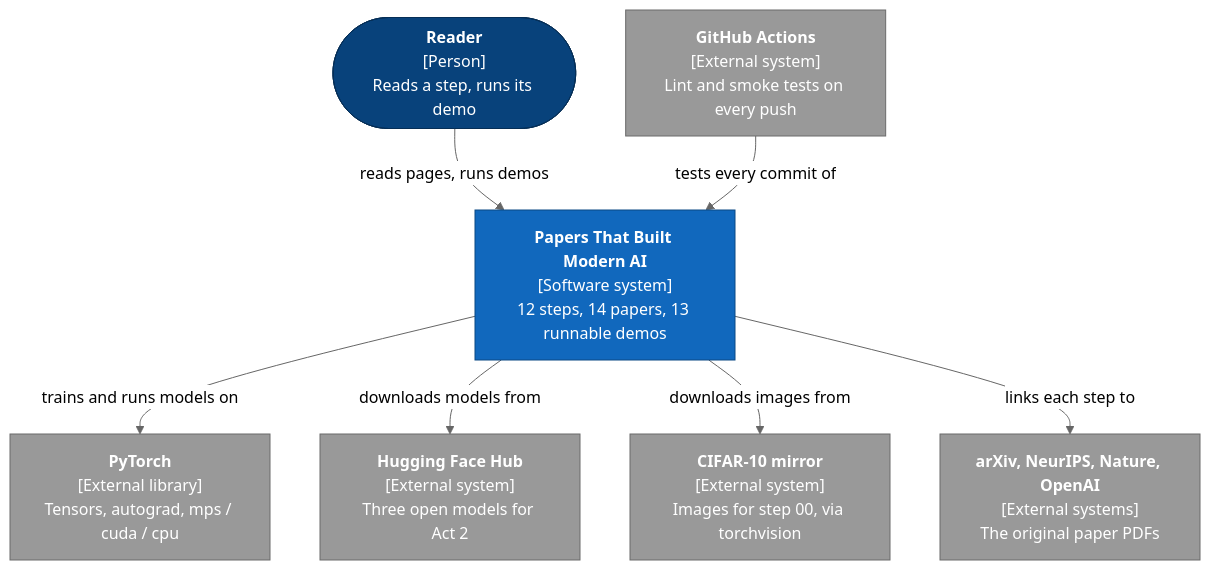
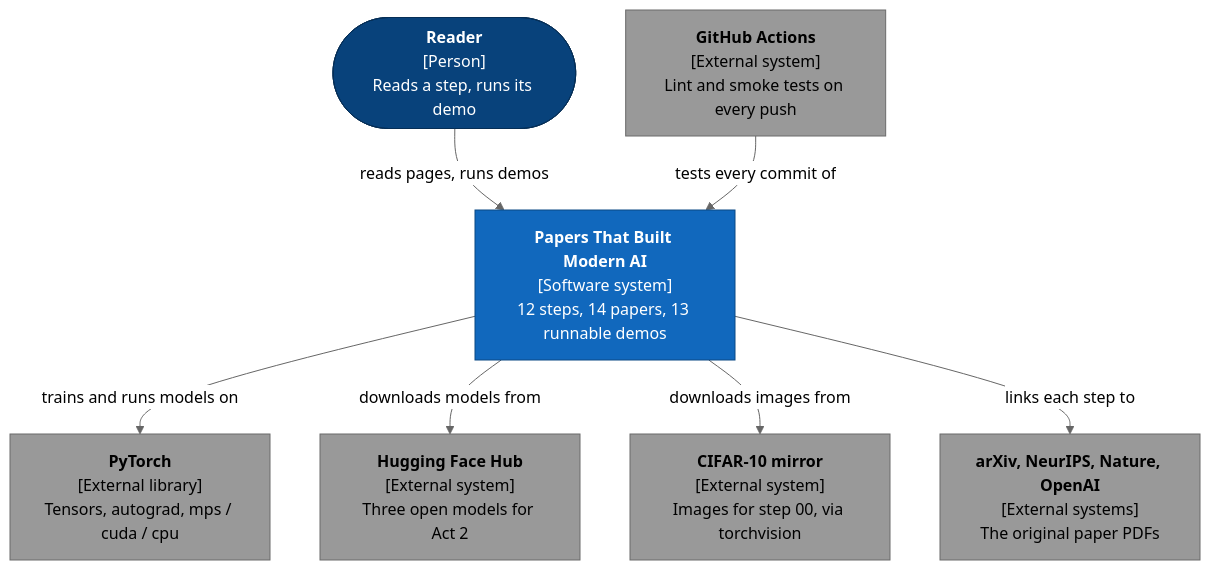
One commit to mlvpatel/papers-that-built-ai changed the second of 4 diagrams in README.md. Above: the diagram before and after it, drawn with Mermaid (neutral theme). The commit also changed other lines of this file and 4 other files, not shown here.

Commit message:
fix: commit the inputs for requirements-ci.txt and raise diagram contrast (#3)

````diff
--- a/README.md
+++ b/README.md
@@ -63,24 +63,24 @@
 ```mermaid
 flowchart TB
     reader(["<b>Reader</b><br/>[Person]<br/>Reads a step, runs its demo"])
     repo["<b>Papers That Built Modern AI</b><br/>[Software system]<br/>12 steps, 14 papers, 13 runnable demos"]
     torch["<b>PyTorch</b><br/>[External library]<br/>Tensors, autograd, mps / cuda / cpu"]
     hf["<b>Hugging Face Hub</b><br/>[External system]<br/>Three open models for Act 2"]
     cifar["<b>CIFAR-10 mirror</b><br/>[External system]<br/>Images for step 00, via torchvision"]
     papers["<b>arXiv, NeurIPS, Nature, OpenAI</b><br/>[External systems]<br/>The original paper PDFs"]
     ci["<b>GitHub Actions</b><br/>[External system]<br/>Lint and smoke tests on every push"]
 
     reader -- "reads pages, runs demos" --> repo
     repo -- "trains and runs models on" --> torch
     repo -- "downloads models from" --> hf
     repo -- "downloads images from" --> cifar
     repo -- "links each step to" --> papers
     ci -- "tests every commit of" --> repo
 
     classDef person fill:#08427B,stroke:#052E56,color:#fff
     classDef system fill:#1168BD,stroke:#0B4884,color:#fff
-    classDef external fill:#999999,stroke:#6B6B6B,color:#fff
+    classDef external fill:#999999,stroke:#6B6B6B,color:#000
     class reader person
     class repo system
     class torch,hf,cifar,papers,ci external
 ```
````
